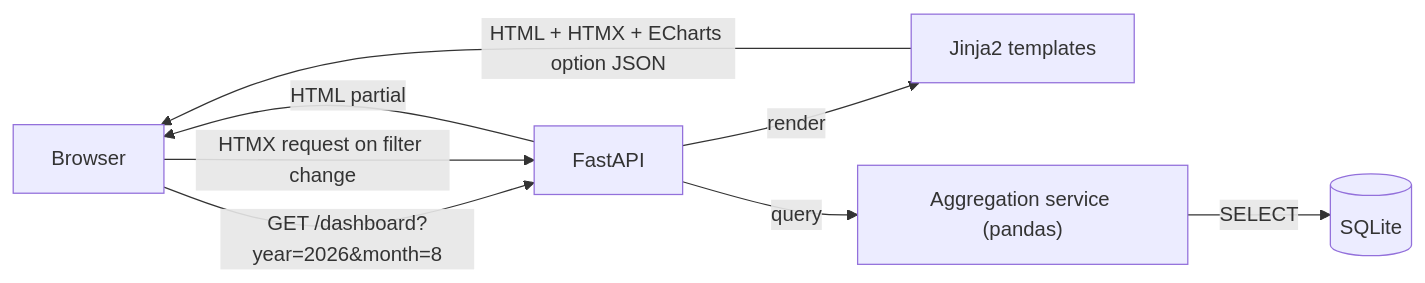
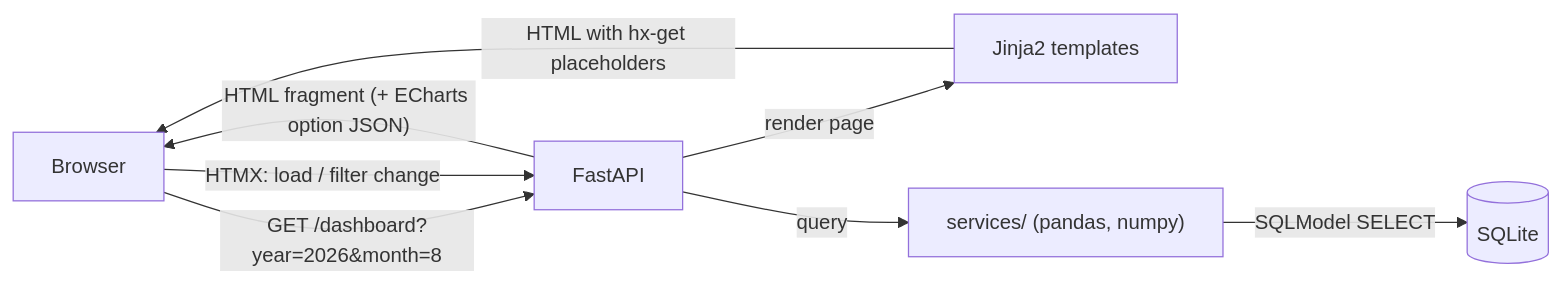
One commit to CSharplie/spark changed the first of 2 diagrams in docs/01-architecture.md. Above: the diagram before and after it, drawn with Mermaid. The commit also changed other lines of this file and 11 other files, not shown here.

First line of the commit message:
docs: refresh architecture and deployment guidance

````diff
--- a/docs/01-architecture.md
+++ b/docs/01-architecture.md
@@ -84,10 +89,10 @@
 ```mermaid
 flowchart LR
     Browser -- "GET /dashboard?year=2026&month=8" --> FastAPI
-    FastAPI -- "render" --> Jinja2["Jinja2 templates"]
-    Jinja2 -- "HTML + HTMX + ECharts option JSON" --> Browser
-    Browser -- "HTMX request on filter change" --> FastAPI
-    FastAPI -- "query" --> AggService["Aggregation service (pandas)"]
-    AggService -- "SELECT" --> SQLite[(SQLite)]
-    FastAPI -- "HTML partial" --> Browser
+    FastAPI -- "render page" --> Jinja2["Jinja2 templates"]
+    Jinja2 -- "HTML with hx-get placeholders" --> Browser
+    Browser -- "HTMX: load / filter change" --> FastAPI
+    FastAPI -- "query" --> Services["services/ (pandas, numpy)"]
+    Services -- "SQLModel SELECT" --> SQLite[(SQLite)]
+    FastAPI -- "HTML fragment (+ ECharts option JSON)" --> Browser
 ```
````
